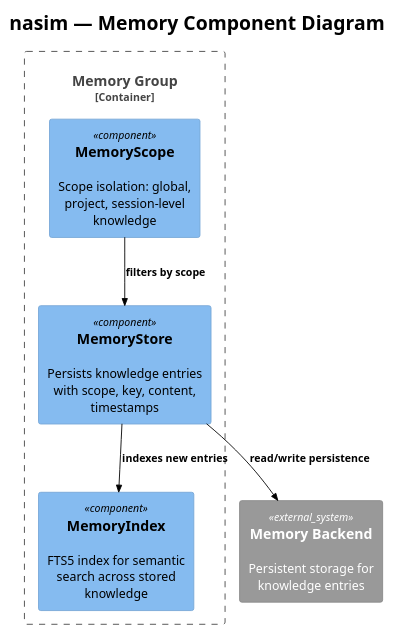
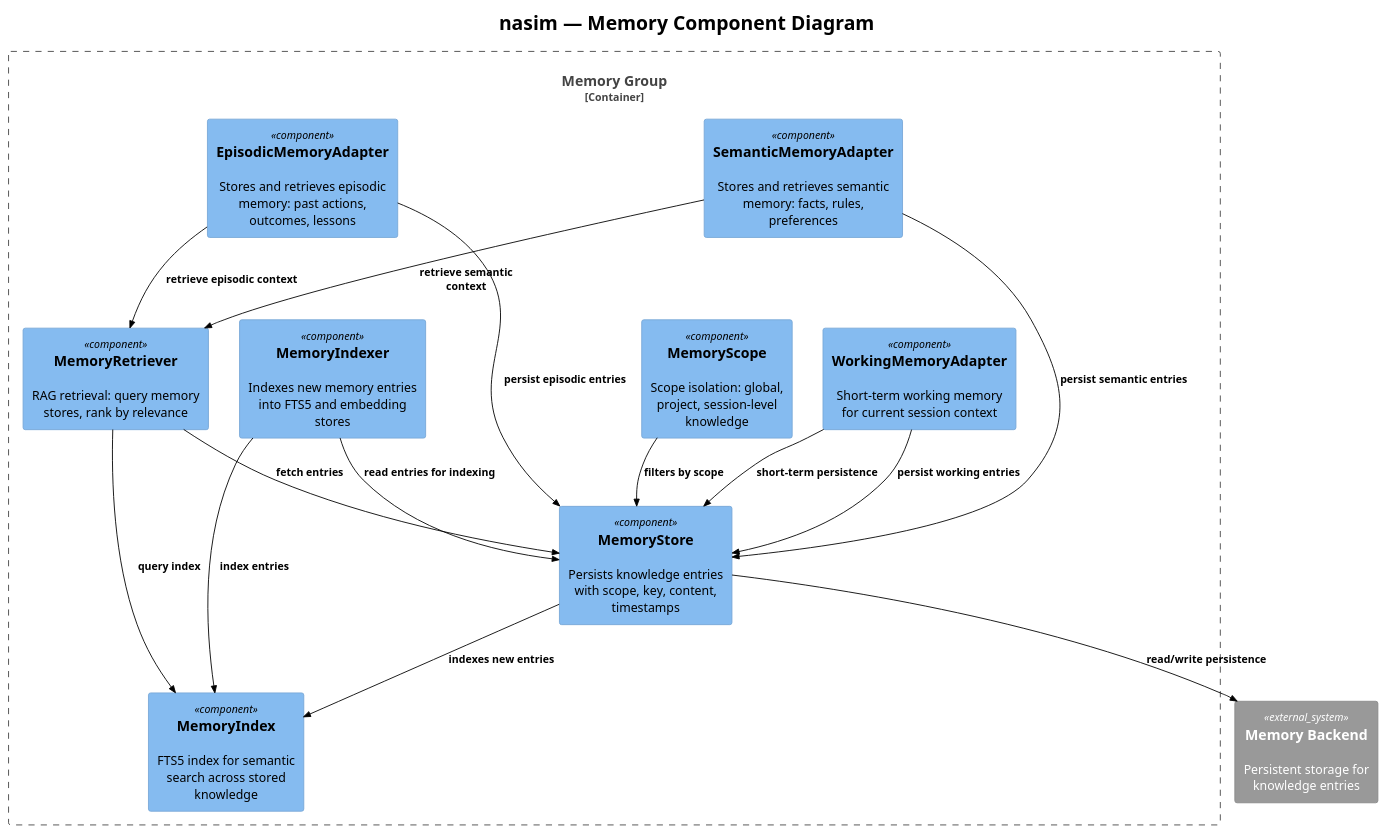
One commit to salimnamvar/nasim changed the diagram in docs/C4/c4_nasim_component_memory.puml. Above: the diagram before and after it, drawn with PlantUML. The commit also changed 52 other files, not shown here.

First line of the commit message:
docs: Add new use cases and diagrams for evaluation, repo intelligence, and wire log management

```diff
--- a/docs/C4/c4_nasim_component_memory.puml
+++ b/docs/C4/c4_nasim_component_memory.puml
@@ -1,29 +1,45 @@
+@startuml c4_nasim_component_memory
 !include https://raw.githubusercontent.com/plantuml-stdlib/C4-PlantUML/master/C4_Component.puml
 !theme plain
 
 
 ' ============================================================
 ' Title:     nasim — Memory Component Diagram
 ' Boundary:  nasim core library — Memory group
-' Purpose:   Cross-session knowledge persistence and retrieval
+' Purpose:   Cross-session knowledge persistence, retrieval, and RAG adapters
 ' Milestone: v1.0
-' Version:   5.0.0
-' Source:    docs/prompt/p1.md — corrective architecture review
-' Review:    docs/audit/audit.2026.06.20.comprehensive.reference.audit.md
+' Version:   6.0.0
+' Source:    docs/audit/audit.2026.06.20.deep.domain.audit.md
+' Review:    —
 ' ============================================================
 
 title nasim — Memory Component Diagram
 
 Container_Boundary(memory_boundary, "Memory Group") {
     Component(memory_store, "MemoryStore", "", "Persists knowledge entries with scope, key, content, timestamps")
     Component(memory_index, "MemoryIndex", "", "FTS5 index for semantic search across stored knowledge")
     Component(memory_scope, "MemoryScope", "", "Scope isolation: global, project, session-level knowledge")
+    Component(episodic_mem_adapter, "EpisodicMemoryAdapter", "", "Stores and retrieves episodic memory: past actions, outcomes, lessons")
+    Component(semantic_mem_adapter, "SemanticMemoryAdapter", "", "Stores and retrieves semantic memory: facts, rules, preferences")
+    Component(working_mem_adapter, "WorkingMemoryAdapter", "", "Short-term working memory for current session context")
+    Component(memory_retriever, "MemoryRetriever", "", "RAG retrieval: query memory stores, rank by relevance")
+    Component(memory_indexer, "MemoryIndexer", "", "Indexes new memory entries into FTS5 and embedding stores")
 }
 
 System_Ext(memory_backend, "Memory Backend", "Persistent storage for knowledge entries")
 
 Rel(memory_store, memory_index, "indexes new entries")
 Rel(memory_store, memory_backend, "read/write persistence")
 Rel(memory_scope, memory_store, "filters by scope")
+Rel(episodic_mem_adapter, memory_store, "persist episodic entries")
+Rel(semantic_mem_adapter, memory_store, "persist semantic entries")
+Rel(working_mem_adapter, memory_store, "persist working entries")
+Rel(memory_retriever, memory_index, "query index")
+Rel(memory_retriever, memory_store, "fetch entries")
+Rel(memory_indexer, memory_index, "index entries")
+Rel(memory_indexer, memory_store, "read entries for indexing")
+Rel(episodic_mem_adapter, memory_retriever, "retrieve episodic context")
+Rel(semantic_mem_adapter, memory_retriever, "retrieve semantic context")
+Rel(working_mem_adapter, memory_store, "short-term persistence")
 
 @enduml
```
